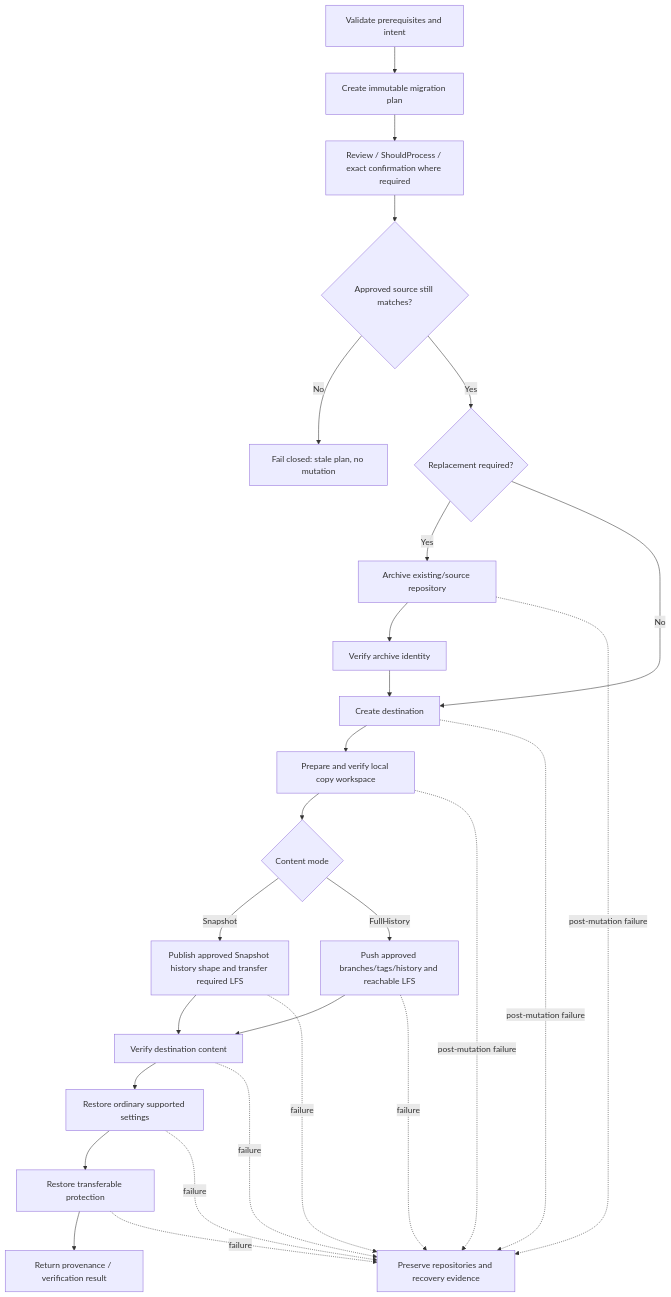
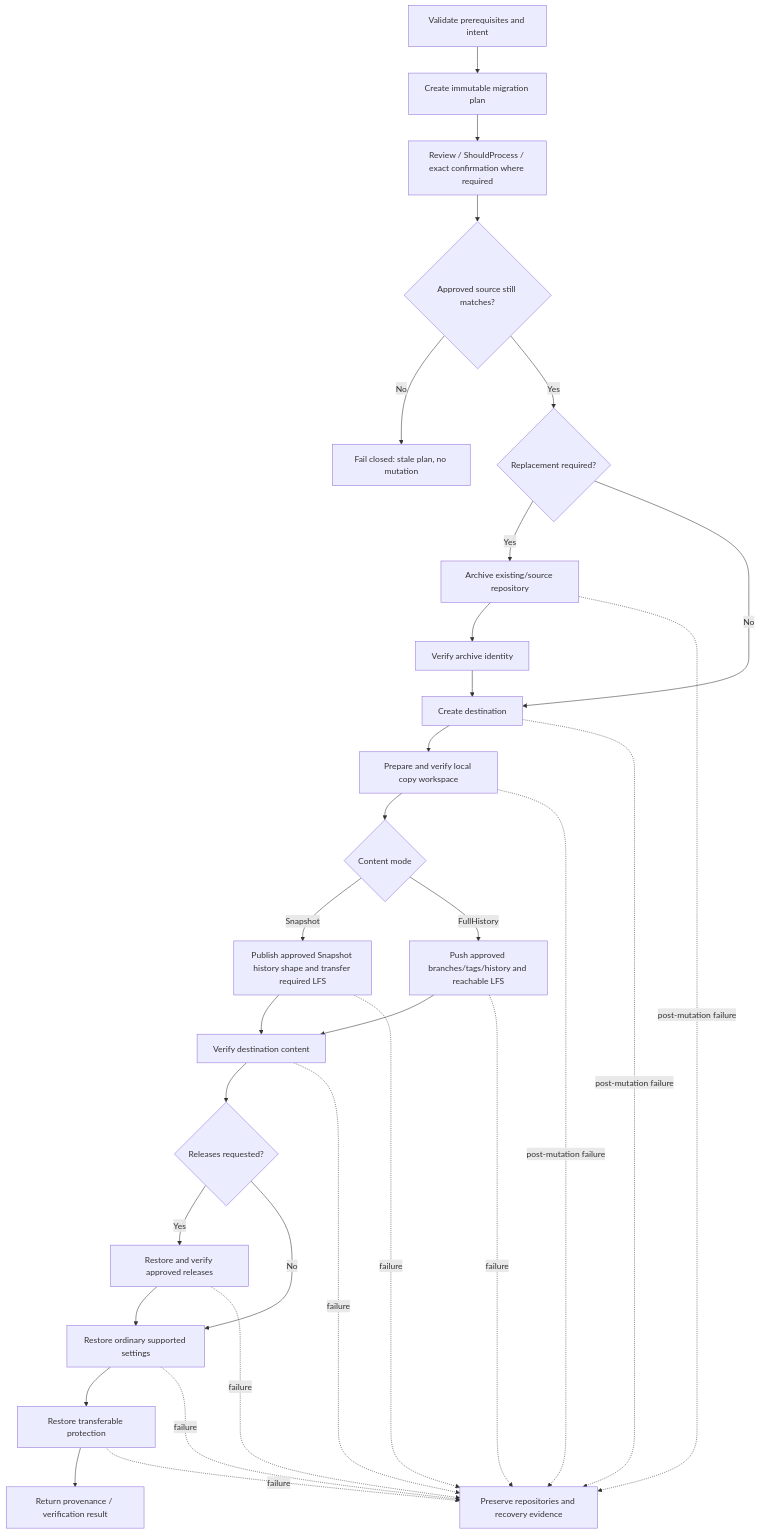
One commit to infoconex/copy-github-repo changed the second of 3 diagrams in docs/product/architecture.md. Above: the diagram before and after it, drawn with Mermaid. The commit also changed other lines of this file, not shown here.

Commit message:
Refresh Snapshot release architecture cross-links

````diff
--- a/docs/product/architecture.md
+++ b/docs/product/architecture.md
@@ -87,30 +87,34 @@
 ```mermaid
 flowchart TD
     A[Validate prerequisites and intent] --> B[Create immutable migration plan]
     B --> C[Review / ShouldProcess / exact confirmation where required]
     C --> D{Approved source still matches?}
     D -- No --> X[Fail closed: stale plan, no mutation]
     D -- Yes --> E{Replacement required?}
     E -- Yes --> F[Archive existing/source repository]
     F --> G[Verify archive identity]
     E -- No --> H[Create destination]
     G --> H
     H --> I[Prepare and verify local copy workspace]
     I --> J{Content mode}
     J -- Snapshot --> K[Publish approved Snapshot history shape and transfer required LFS]
     J -- FullHistory --> L[Push approved branches/tags/history and reachable LFS]
     K --> M[Verify destination content]
     L --> M
-    M --> N[Restore ordinary supported settings]
-    N --> O[Restore transferable protection]
-    O --> P[Return provenance / verification result]
+    M --> N{Releases requested?}
+    N -- Yes --> Q[Restore and verify approved releases]
+    N -- No --> O[Restore ordinary supported settings]
+    Q --> O
+    O --> P[Restore transferable protection]
+    P --> S[Return provenance / verification result]
 
     F -. post-mutation failure .-> R[Preserve repositories and recovery evidence]
     H -. post-mutation failure .-> R
     I -. post-mutation failure .-> R
     K -. failure .-> R
     L -. failure .-> R
     M -. failure .-> R
-    N -. failure .-> R
+    Q -. failure .-> R
     O -. failure .-> R
+    P -. failure .-> R
 ```
````
